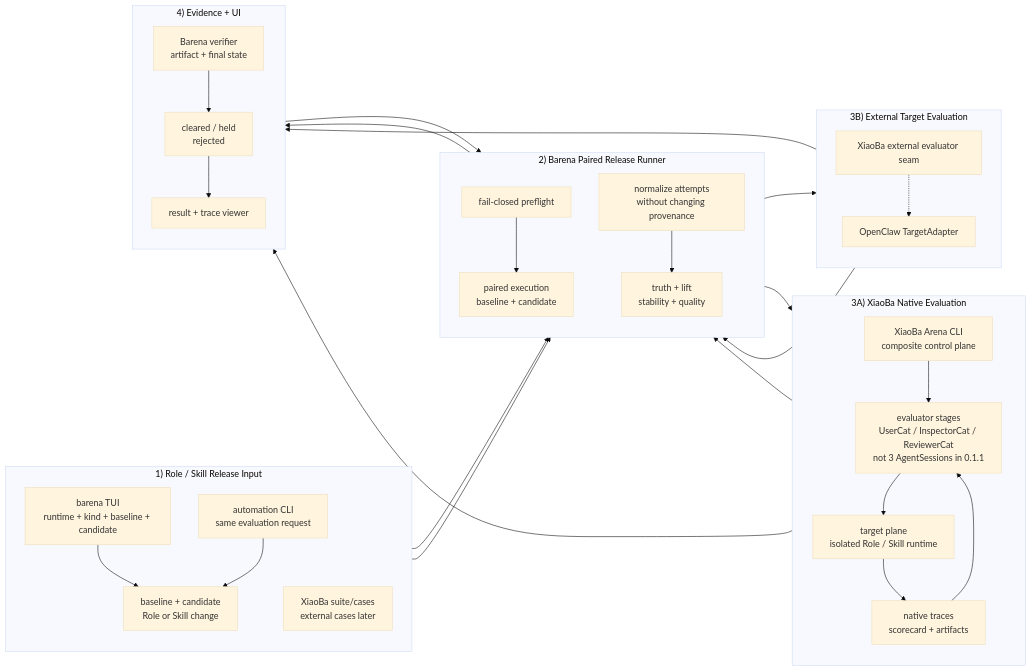
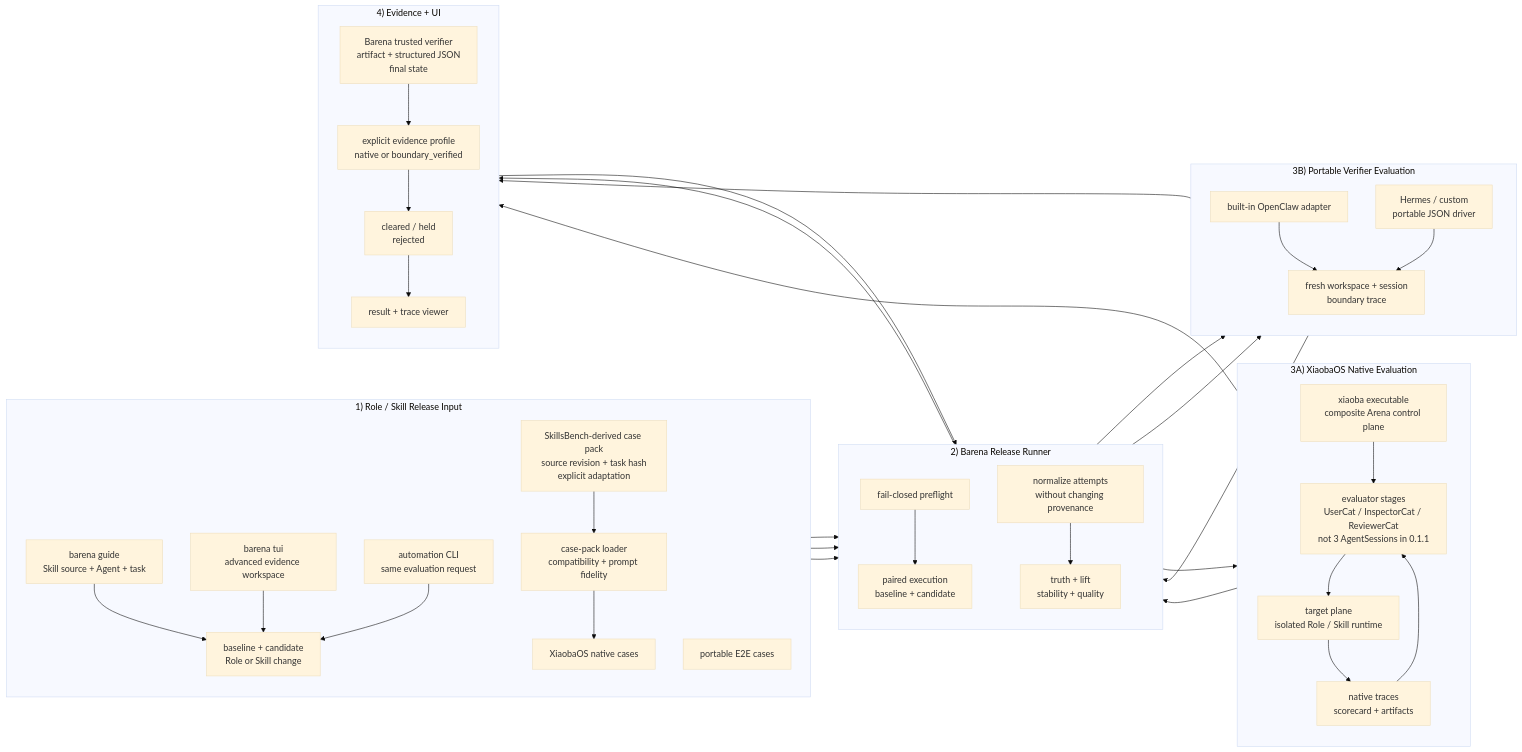
Before and after one commit to fightheyyy/barena: the third of 3 diagrams in docs/SPEC.md, drawn with Mermaid (base theme). The commit also changed other lines of this file and 75 other files, not shown here.

Commit message:
Prepare Barena v0.1.0 release

````diff
--- a/docs/SPEC.md
+++ b/docs/SPEC.md
@@ -166,61 +183,72 @@
 ```mermaid
 flowchart LR
     subgraph Input["1) Role / Skill Release Input"]
         direction TB
-        TUI["barena TUI<br/>runtime + kind + baseline + candidate"]
+        Guide["barena guide<br/>Skill source + Agent + task"]
+        TUI["barena tui<br/>advanced evidence workspace"]
         CLI["automation CLI<br/>same evaluation request"]
         Change["baseline + candidate<br/>Role or Skill change"]
-        Cases["XiaoBa suite/cases<br/>external cases later"]
+        NativeCases["XiaobaOS native cases"]
+        PortableCases["portable E2E cases"]
+        Derived["SkillsBench-derived case pack<br/>source revision + task hash<br/>explicit adaptation"]
+        NormalizeCase["case-pack loader<br/>compatibility + prompt fidelity"]
+        Guide --> Change
         TUI --> Change
         CLI --> Change
+        Derived --> NormalizeCase --> NativeCases
     end
 
-    subgraph Runner["2) Barena Paired Release Runner"]
+    subgraph Runner["2) Barena Release Runner"]
         direction TB
         Preflight["fail-closed preflight"]
         Pair["paired execution<br/>baseline + candidate"]
         Normalize["normalize attempts<br/>without changing provenance"]
         Aggregate["truth + lift<br/>stability + quality"]
         Preflight --> Pair
         Normalize --> Aggregate
     end
 
-    subgraph Native["3A) XiaoBa Native Evaluation"]
+    subgraph Native["3A) XiaobaOS Native Evaluation"]
         direction TB
-        Arena["XiaoBa Arena CLI<br/>composite control plane"]
+        Arena["xiaoba executable<br/>composite Arena control plane"]
         Evaluators["evaluator stages<br/>UserCat / InspectorCat / ReviewerCat<br/>not 3 AgentSessions in 0.1.1"]
         NativeTarget["target plane<br/>isolated Role / Skill runtime"]
         NativeEvidence["native traces<br/>scorecard + artifacts"]
         Arena --> Evaluators
         Evaluators --> NativeTarget
         NativeTarget --> NativeEvidence
         NativeEvidence --> Evaluators
     end
 
-    subgraph External["3B) External Target Evaluation"]
+    subgraph External["3B) Portable Verifier Evaluation"]
         direction TB
-        ExternalEval["XiaoBa external evaluator seam"]
-        Adapter["OpenClaw TargetAdapter"]
-        ExternalEval -.-> Adapter
+        Adapter["built-in OpenClaw adapter"]
+        Driver["Hermes / custom<br/>portable JSON driver"]
+        Boundary["fresh workspace + session<br/>boundary trace"]
+        Adapter --> Boundary
+        Driver --> Boundary
     end
 
     subgraph Evidence["4) Evidence + UI"]
         direction TB
-        Verify["Barena verifier<br/>artifact + final state"]
+        Verify["Barena trusted verifier<br/>artifact + structured JSON<br/>final state"]
+        Profile["explicit evidence profile<br/>native or boundary_verified"]
         Score["cleared / held<br/>rejected"]
         Viewer["result + trace viewer"]
-        Verify --> Score
+        Verify --> Profile --> Score
         Score --> Viewer
     end
 
     Change --> Preflight
-    Cases --> Preflight
+    NativeCases --> Preflight
+    PortableCases --> Preflight
     Pair --> Arena
-    Pair --> ExternalEval
+    Pair --> Adapter
+    Pair --> Driver
     NativeEvidence --> Verify
     NativeEvidence --> Normalize
-    Adapter --> Verify
-    Adapter --> Normalize
+    Boundary --> Verify
+    Boundary --> Normalize
     Verify --> Normalize
     Aggregate --> Score
 ```
````
